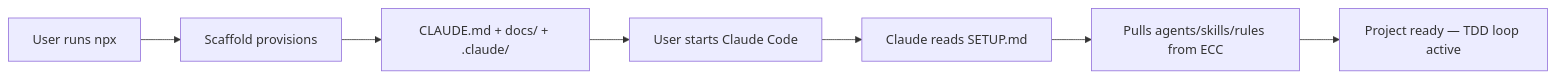
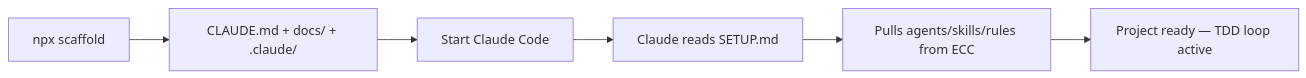
Before and after one commit to zingspark/create-harness-vibe-coding: the diagram in README.md, drawn with Mermaid. The commit also changed other lines of this file, not shown here.

````diff
--- a/README.md
+++ b/README.md
@@ -93,9 +50,8 @@
 ```mermaid
 graph LR
-    A[User runs npx] --> B[Scaffold provisions]
-    B --> C[CLAUDE.md + docs/ + .claude/]
-    C --> D[User starts Claude Code]
-    D --> E[Claude reads SETUP.md]
-    E --> F[Pulls agents/skills/rules from ECC]
-    F --> G[Project ready — TDD loop active]
+    A[npx scaffold] --> B[CLAUDE.md + docs/ + .claude/]
+    B --> C[Start Claude Code]
+    C --> D[Claude reads SETUP.md]
+    D --> E[Pulls agents/skills/rules from ECC]
+    E --> F[Project ready — TDD loop active]
 ```
````
